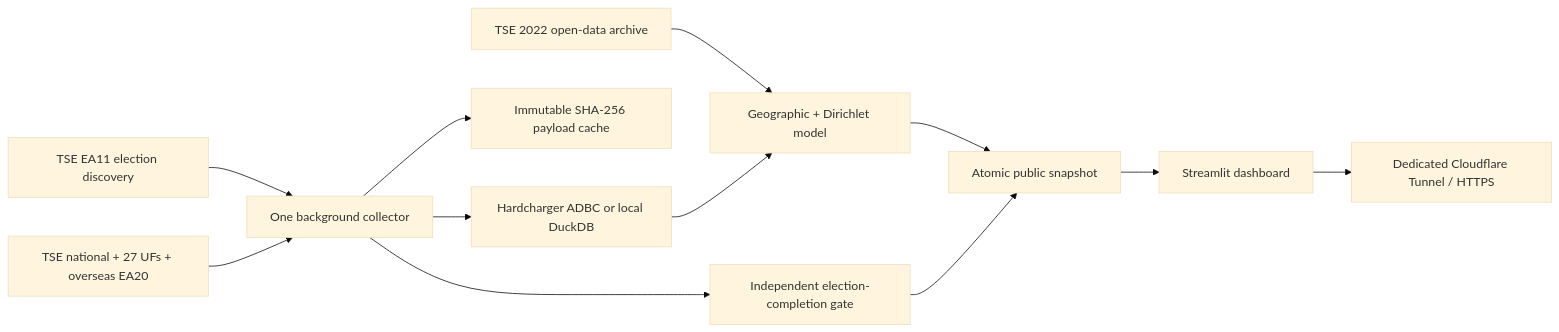
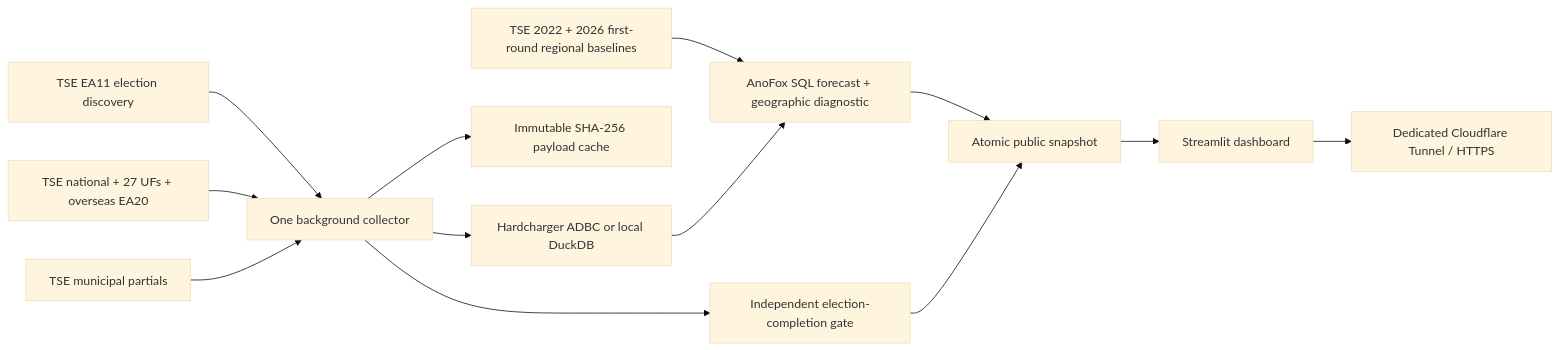
One commit to gustavoleo/eleicao-forecast-2026 changed the diagram in README.md. Above: the diagram before and after it, drawn with Mermaid (base theme). The commit also changed other lines of this file and 33 other files, not shown here.

Commit message:
Add AnoFox forecasting, municipal priors and arithmetic-only mobile map

````diff
--- a/README.md
+++ b/README.md
@@ -31,14 +31,15 @@
 ```mermaid
 flowchart LR
   EA11[TSE EA11 election discovery] --> C[One background collector]
   EA20[TSE national + 27 UFs + overseas EA20] --> C
-  H[TSE 2022 open-data archive] --> P[Geographic + Dirichlet model]
+  H[TSE 2022 + 2026 first-round regional baselines] --> P[AnoFox SQL forecast + geographic diagnostic]
+  M[TSE municipal partials] --> C
   C --> SHA[Immutable SHA-256 payload cache]
   C --> DB[Hardcharger ADBC or local DuckDB]
   DB --> P
   C --> G[Independent election-completion gate]
   P --> JSON[Atomic public snapshot]
   G --> JSON
   JSON --> UI[Streamlit dashboard]
   UI --> CF[Dedicated Cloudflare Tunnel / HTTPS]
 ```
````
